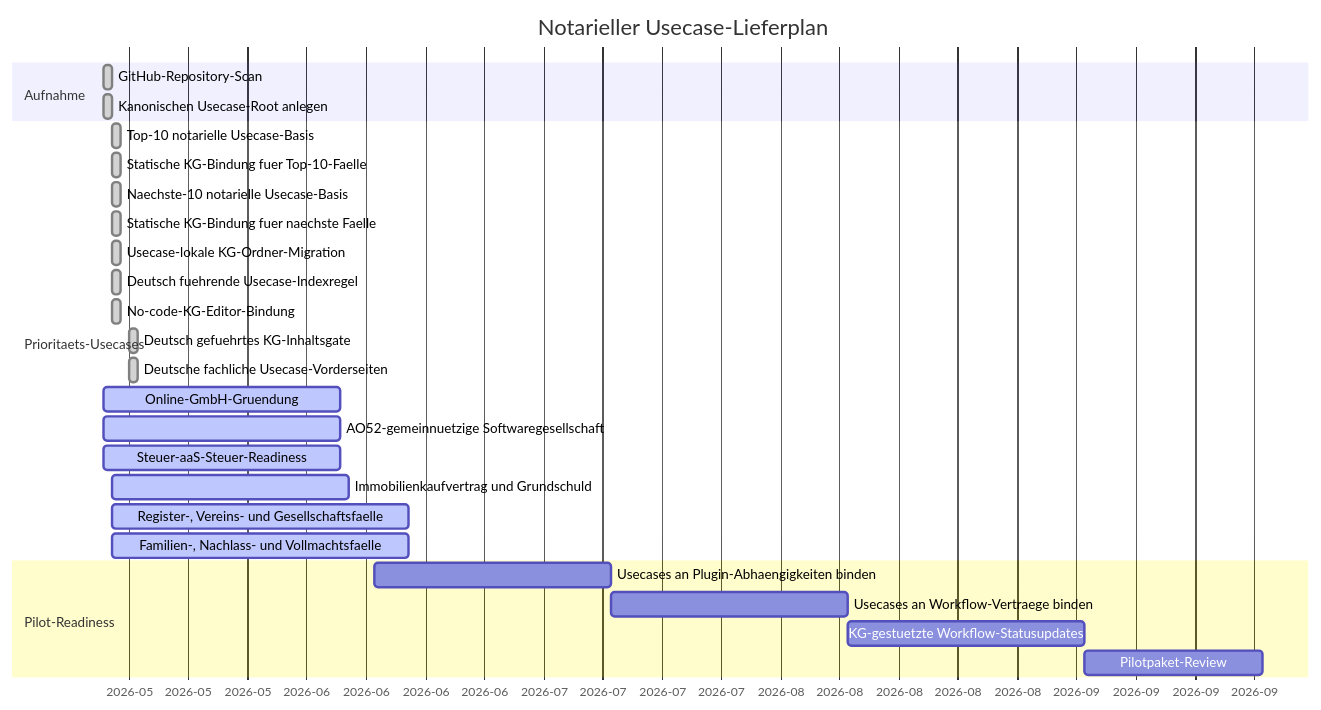
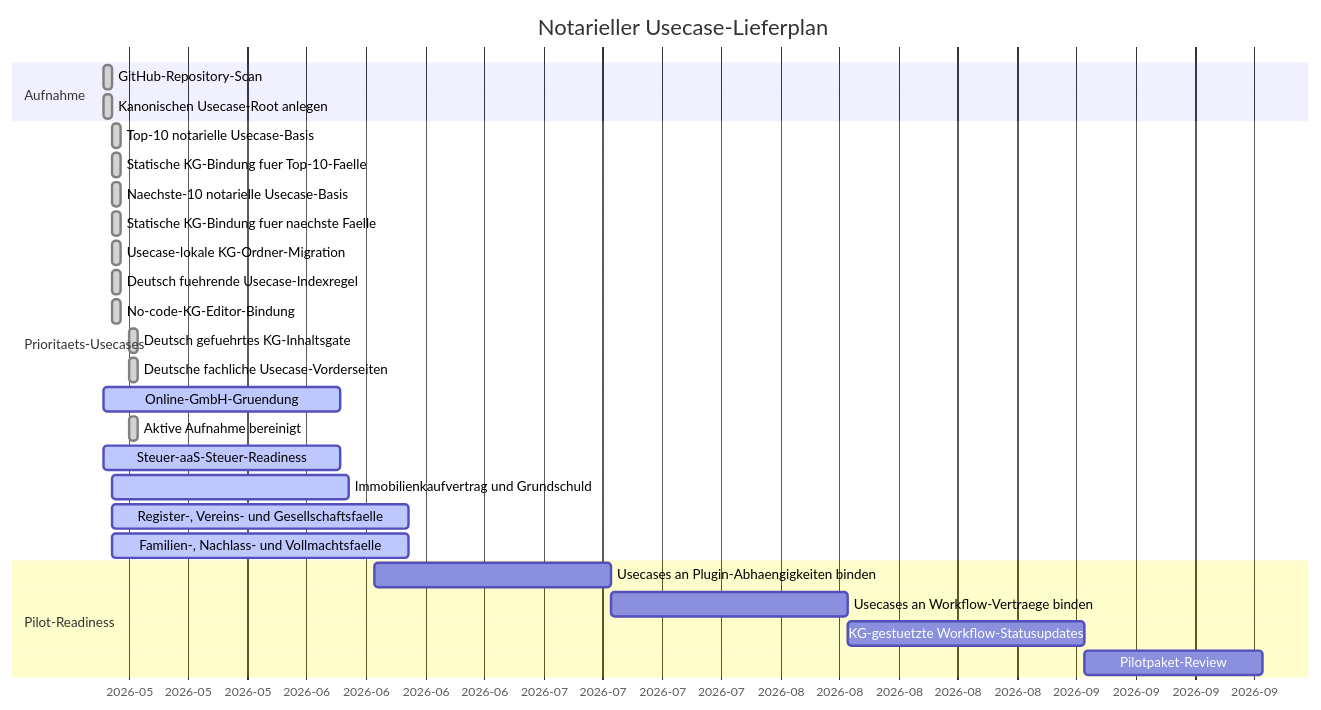
One commit to notariat8/NaC changed the diagram in usecases/GANTT.md. Above: the diagram before and after it, drawn with Mermaid. The commit also changed other lines of this file and 16 other files, not shown here.

````diff
--- a/usecases/GANTT.md
+++ b/usecases/GANTT.md
@@ -5,33 +5,33 @@
 ```mermaid
 gantt
     title Notarieller Usecase-Lieferplan
     dateFormat  YYYY-MM-DD
     axisFormat  %Y-%m
 
     section Aufnahme
     GitHub-Repository-Scan                     :done,   u1, 2026-05-14, 1d
     Kanonischen Usecase-Root anlegen           :done,   u2, 2026-05-14, 1d
 
     section Prioritaets-Usecases
     Top-10 notarielle Usecase-Basis            :done,   u3, 2026-05-15, 1d
     Statische KG-Bindung fuer Top-10-Faelle    :done,   u4, 2026-05-15, 1d
     Naechste-10 notarielle Usecase-Basis       :done,   u5, 2026-05-15, 1d
     Statische KG-Bindung fuer naechste Faelle  :done,   u6, 2026-05-15, 1d
     Usecase-lokale KG-Ordner-Migration         :done,   u6a, 2026-05-15, 1d
     Deutsch fuehrende Usecase-Indexregel       :done,   u6b, 2026-05-15, 1d
     No-code-KG-Editor-Bindung                  :done,   u6c, 2026-05-15, 1d
     Deutsch gefuehrtes KG-Inhaltsgate          :done,   u6d, 2026-05-17, 1d
     Deutsche fachliche Usecase-Vorderseiten     :done,   u6e, 2026-05-17, 1d
     Online-GmbH-Gruendung                      :active, u7, 2026-05-14, 28d
-    AO52-gemeinnuetzige Softwaregesellschaft   :active, u8, 2026-05-14, 28d
+    Aktive Aufnahme bereinigt                  :done,   u8, 2026-05-17, 1d
     Steuer-aaS-Steuer-Readiness                :active, u9, 2026-05-14, 28d
     Immobilienkaufvertrag und Grundschuld      :active, u10, 2026-05-15, 28d
     Register-, Vereins- und Gesellschaftsfaelle :active, u11, 2026-05-15, 35d
     Familien-, Nachlass- und Vollmachtsfaelle  :active, u12, 2026-05-15, 35d
 
     section Pilot-Readiness
     Usecases an Plugin-Abhaengigkeiten binden  :        u13, 2026-06-15, 28d
     Usecases an Workflow-Vertraege binden      :        u14, after u13, 28d
     KG-gestuetzte Workflow-Statusupdates       :        u15, after u14, 28d
     Pilotpaket-Review                          :        u16, after u15, 21d
 ```
````
